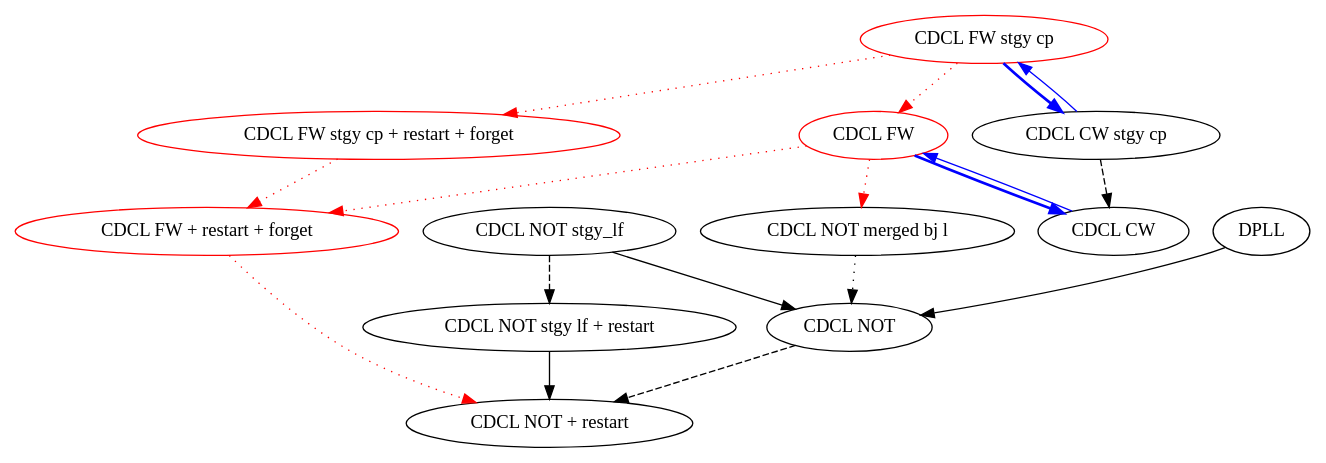
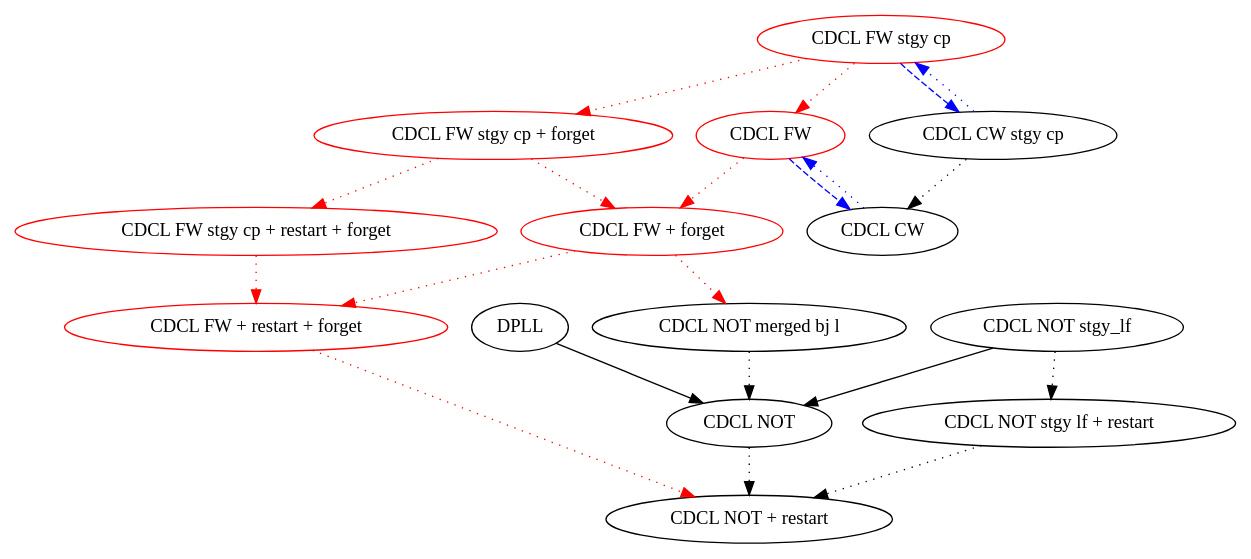
One commit to IsaFoL/IsaFoL changed the diagram in Weidenbach_Book/CDCL.dot. Above: the diagram before and after it, drawn with Graphviz.

Commit message:
CDCL graph

```diff
--- a/Weidenbach_Book/CDCL.dot
+++ b/Weidenbach_Book/CDCL.dot
@@ -1,41 +1,46 @@
 //dot -o CDCL.pdf -Tpdf CDCL.dot
 digraph CDCL {
 	CDCL_NOT_restart [label = "CDCL NOT + restart"];
 	CDCL_NOT [label = "CDCL NOT"];
 	CDCL_NOT_stgy [label = "CDCL NOT stgy_lf"];
 	CDCL_NOT_stgy_restart[label = "CDCL NOT stgy lf + restart"];
 	CDCL_NOT_merged [label = "CDCL NOT merged bj l"];
 	DPLL [label = "DPLL"];
 
 	CDCL_NOT_stgy -> CDCL_NOT;
-	CDCL_NOT -> CDCL_NOT_restart [style = dashed];
-	CDCL_NOT_stgy -> CDCL_NOT_stgy_restart [style = dashed];
-	CDCL_NOT_stgy_restart -> CDCL_NOT_restart;
+	CDCL_NOT -> CDCL_NOT_restart [style = dotted];
+	CDCL_NOT_stgy -> CDCL_NOT_stgy_restart [style = dotted];
+	CDCL_NOT_stgy_restart -> CDCL_NOT_restart [style = dotted];
 	DPLL -> CDCL_NOT;
 
 	CDCL_NOT_merged -> CDCL_NOT [style =dotted];
 
 
    	CDCL_FW [label="CDCL FW", color=red];
 	CDCL_FW_stgy [label="CDCL FW stgy cp", color=red];
-	CDCL_FW_restart [label = "CDCL FW + restart + forget", color=red];
-	CDCL_FW_stgy_restart [label = "CDCL FW stgy cp + restart + forget", color=red];
+	CDCL_FW_forget [label="CDCL FW + forget", color=red];
+	CDCL_FW_stgy_forget [label="CDCL FW stgy cp + forget", color=red];
 
-	CDCL_FW_stgy -> CDCL_FW_stgy_restart -> CDCL_FW_restart [style
+	CDCL_FW_restart_forget [label = "CDCL FW + restart + forget", color=red];
+	CDCL_FW_stgy_restart_forget [label = "CDCL FW stgy cp + restart + forget", color=red];
+
+	CDCL_FW_stgy_forget -> CDCL_FW_stgy_restart_forget -> CDCL_FW_restart_forget [style
 	= dotted, color=red];
-	CDCL_FW -> CDCL_NOT_merged [style = dotted, color=red];
-	CDCL_FW_stgy -> CDCL_FW [style = dotted, color=red];
-	CDCL_FW -> CDCL_FW_restart [style = dotted, color=red];
-	CDCL_FW_restart -> CDCL_NOT_restart [style = dotted, color =red];
-
+	CDCL_FW_forget -> CDCL_NOT_merged [style = dotted, color=red];
+	CDCL_FW_stgy_forget -> CDCL_FW_forget [style = dotted, color=red];
+	CDCL_FW_forget -> CDCL_FW_restart_forget [style = dotted, color=red];
+	CDCL_FW_restart_forget -> CDCL_NOT_restart [style = dotted, color =red];
+        CDCL_FW_stgy -> CDCL_FW_stgy_forget [style=dotted, color=red];
+	CDCL_FW -> CDCL_FW_forget [style=dotted, color=red];
+	CDCL_FW_stgy ->  CDCL_FW[style=dotted, color=red];
 
 	CDCL_CW [label = "CDCL CW"];
 	CDCL_CW_stgy [label = "CDCL CW stgy cp"];
-	CDCL_CW_stgy -> CDCL_CW[style=dashed];
-	CDCL_CW -> CDCL_FW[color=blue];
-	CDCL_FW -> CDCL_CW[color=blue, style=bold];
+	CDCL_CW_stgy -> CDCL_CW[style=dotted];
+	CDCL_CW -> CDCL_FW[color=blue, style=dotted];
+	CDCL_FW -> CDCL_CW[color=blue, style=dashed];
 
-	CDCL_CW_stgy -> CDCL_FW_stgy[color=blue];
-	CDCL_FW_stgy -> CDCL_CW_stgy[color=blue, style=bold];
+	CDCL_CW_stgy -> CDCL_FW_stgy[color=blue, style=dotted];
+	CDCL_FW_stgy -> CDCL_CW_stgy[color=blue, style=dashed];
 
 }
```
